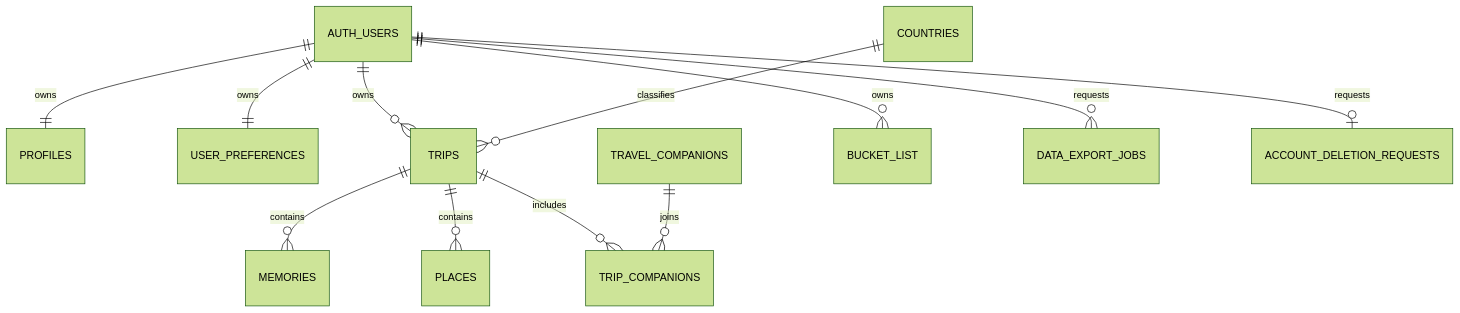
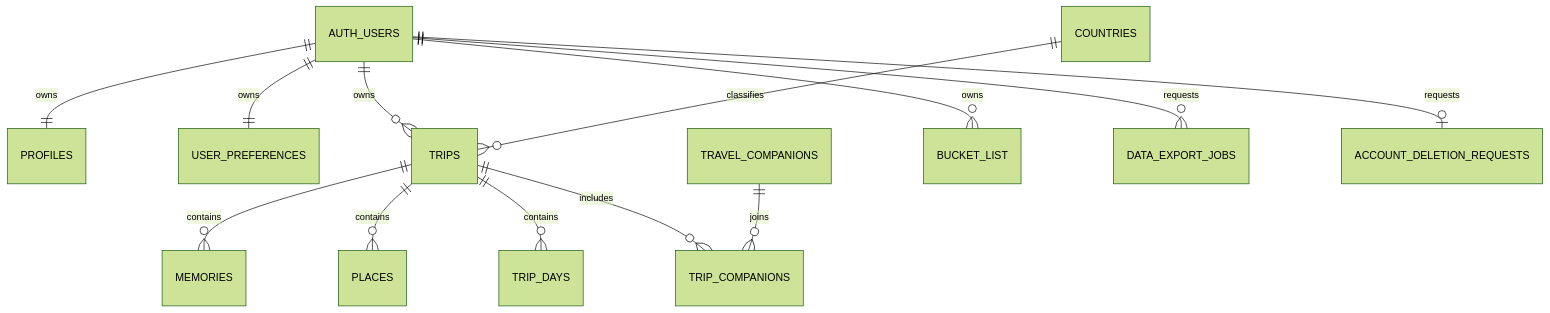
One commit to CloudKai/GoldenAtlas changed the diagram in docs/DATABASE.md. Above: the diagram before and after it, drawn with Mermaid (forest theme). The commit also changed other lines of this file and 24 other files, not shown here.

First line of the commit message:
Add trip day folders, planned trips, and photo captions

````diff
--- a/docs/DATABASE.md
+++ b/docs/DATABASE.md
@@ -24,14 +25,15 @@
 ```mermaid
 erDiagram
   AUTH_USERS ||--|| PROFILES : owns
   AUTH_USERS ||--|| USER_PREFERENCES : owns
   AUTH_USERS ||--o{ TRIPS : owns
   TRIPS ||--o{ MEMORIES : contains
   TRIPS ||--o{ PLACES : contains
+  TRIPS ||--o{ TRIP_DAYS : contains
   TRIPS ||--o{ TRIP_COMPANIONS : includes
   TRAVEL_COMPANIONS ||--o{ TRIP_COMPANIONS : joins
   AUTH_USERS ||--o{ BUCKET_LIST : owns
   AUTH_USERS ||--o{ DATA_EXPORT_JOBS : requests
   AUTH_USERS ||--o| ACCOUNT_DELETION_REQUESTS : requests
   COUNTRIES ||--o{ TRIPS : classifies
 ```
````
